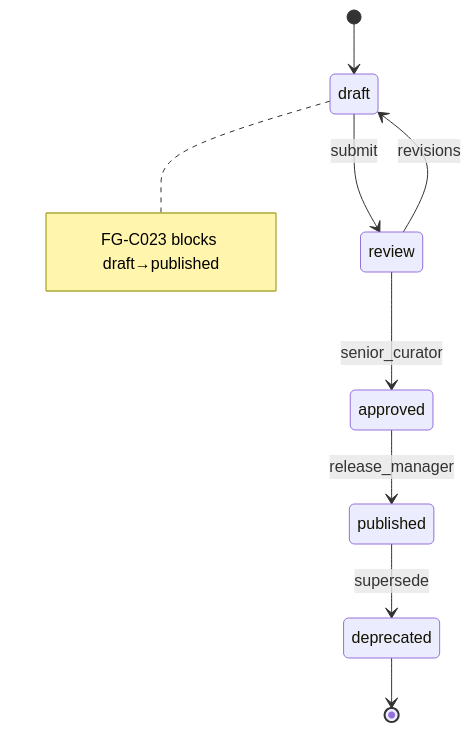
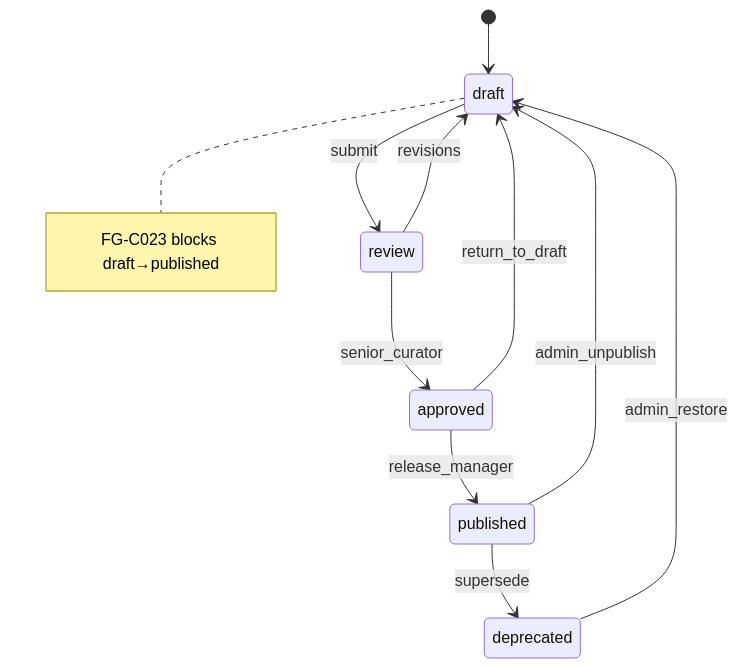
One commit to drFurkanGuven/FarmacoGraph changed the diagram in docs/validation-matrix.md. Above: the diagram before and after it, drawn with Mermaid. The commit also changed 45 other files, not shown here.

````diff
--- a/docs/validation-matrix.md
+++ b/docs/validation-matrix.md
@@ -51,12 +51,14 @@
 ```mermaid
 stateDiagram-v2
     [*] --> draft
     draft --> review: submit
     review --> approved: senior_curator
     review --> draft: revisions
     approved --> published: release_manager
+    approved --> draft: return_to_draft
     published --> deprecated: supersede
-    deprecated --> [*]
+    published --> draft: admin_unpublish
+    deprecated --> draft: admin_restore
 
     note right of draft: FG-C023 blocks draft→published
 ```
````
